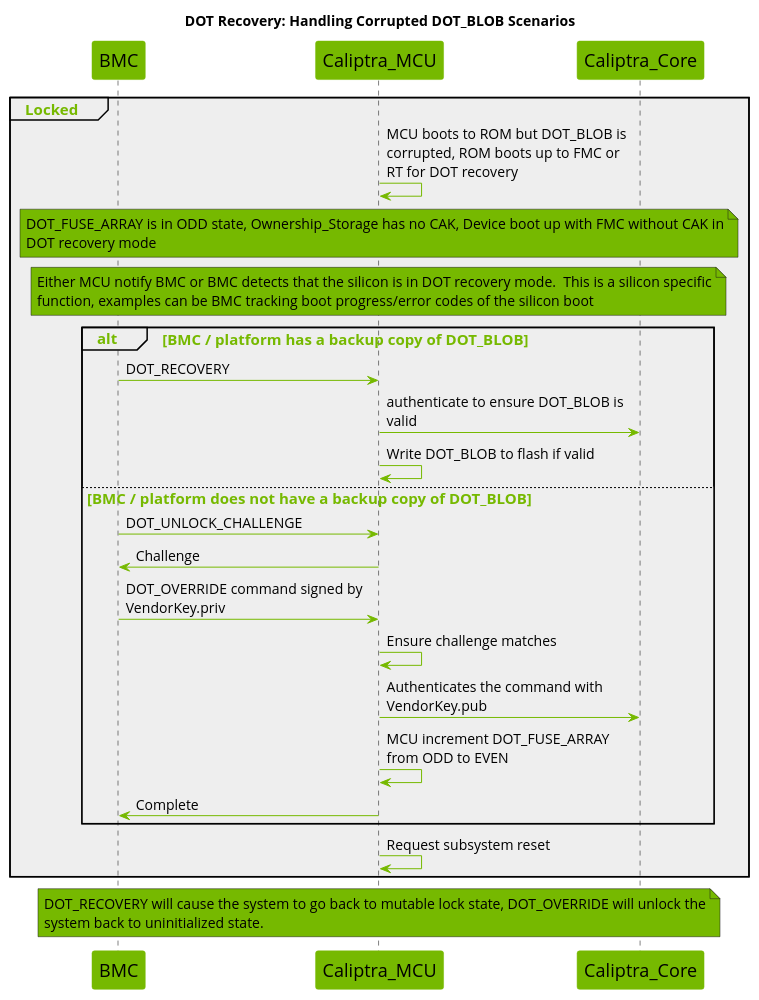
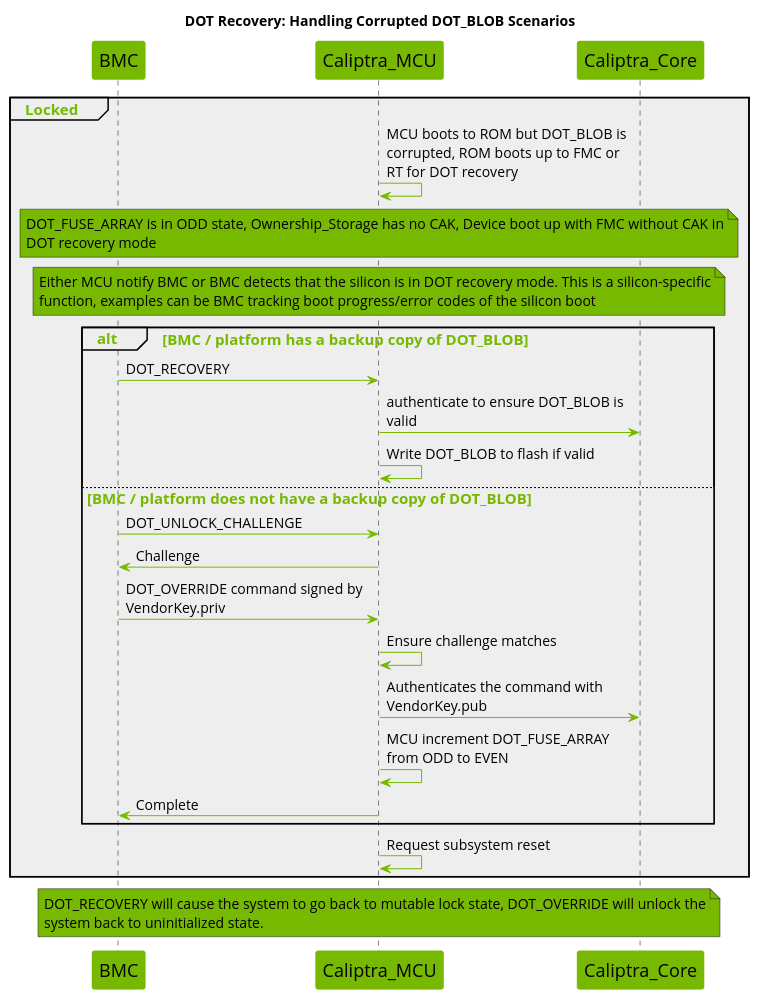
Before and after one commit to chipsalliance/caliptra-mcu-sw: the ninth of 9 diagrams in docs/src/dot.md, drawn with PlantUML. The commit also changed other lines of this file and 17 other files, not shown here.

````diff
--- a/docs/src/dot.md
+++ b/docs/src/dot.md
@@ -1167,58 +1167,58 @@
 ```plantuml
 @startuml
 
 title DOT Recovery: Handling Corrupted DOT_BLOB Scenarios
 
 skinparam maxMessageSize 250
 skinparam wrapWidth 700
 skinparam backgroundColor white
 skinparam NoteBackgroundColor #76b900
 skinparam NoteFontSize 14
 skinparam SequenceGroupBodyBackgroundColor #EEEEEE
 skinparam defaultFontName Open Sans
 
 skinparam sequence {
     ArrowColor #76b900
     ActorBorderColor #76b900
     LifeLineBorderColor #000000
     LifeLineBackgroundColor #76b900
     GroupHeaderFontsize 15
     GroupHeaderFontColor #76b900
     GroupFontSize 15
     GroupFontColor #76b900
     ArrowFontSize 15
     ParticipantBorderColor #76b900
     ParticipantBackgroundColor #76b900
     ParticipantFontSize 18
     ParticipantFontColor black
     ArrowFontSize 14
 }
 
 participant BMC
 participant Caliptra_MCU
 participant Caliptra_Core
 
 group Locked
     Caliptra_MCU -> Caliptra_MCU : MCU boots to ROM but DOT_BLOB is corrupted, ROM boots up to FMC or RT for DOT recovery
     note across : DOT_FUSE_ARRAY is in ODD state, Ownership_Storage has no CAK, Device boot up with FMC without CAK in DOT recovery mode
-    note across : Either MCU notify BMC or BMC detects that the silicon is in DOT recovery mode.  This is a silicon specific function, examples can be BMC tracking boot progress/error codes of the silicon boot
+    note across : Either MCU notify BMC or BMC detects that the silicon is in DOT recovery mode. This is a silicon-specific function, examples can be BMC tracking boot progress/error codes of the silicon boot
     alt BMC / platform has a backup copy of DOT_BLOB
         BMC -> Caliptra_MCU : DOT_RECOVERY
         Caliptra_MCU -> Caliptra_Core : authenticate to ensure DOT_BLOB is valid
         Caliptra_MCU -> Caliptra_MCU : Write DOT_BLOB to flash if valid
     else BMC / platform does not have a backup copy of DOT_BLOB
         BMC -> Caliptra_MCU : DOT_UNLOCK_CHALLENGE
         Caliptra_MCU -> BMC : Challenge
         BMC -> Caliptra_MCU : DOT_OVERRIDE command signed by VendorKey.priv
         Caliptra_MCU -> Caliptra_MCU : Ensure challenge matches
         Caliptra_MCU -> Caliptra_Core : Authenticates the command with VendorKey.pub
         Caliptra_MCU -> Caliptra_MCU : MCU increment DOT_FUSE_ARRAY from ODD to EVEN
         Caliptra_MCU -> BMC : Complete
     end
     Caliptra_MCU -> Caliptra_MCU : Request subsystem reset
 end
 note across : DOT_RECOVERY will cause the system to go back to mutable lock state, DOT_OVERRIDE will unlock the system back to uninitialized state.
 
 
 @enduml
 ```
````
